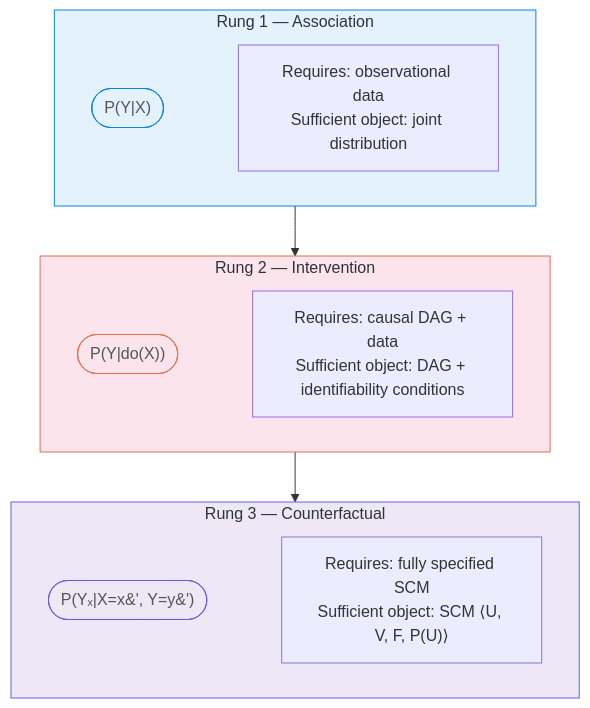
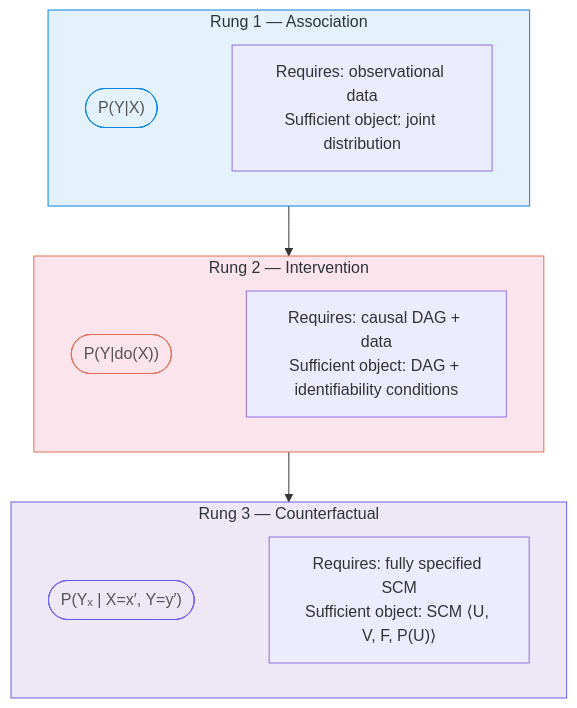
One commit to dimitarpg13/agentic_architectures_and_design_patterns changed the second of 16 diagrams in notebooks/causal_inference/building_SCM.md. Above: the diagram before and after it, drawn with Mermaid.

Commit message:
update md

````diff
--- a/notebooks/causal_inference/building_SCM.md
+++ b/notebooks/causal_inference/building_SCM.md
@@ -81,29 +81,29 @@
 ```mermaid
 graph TD
     subgraph Rung1["Rung 1 — Association"]
         R1a(["P#40;Y#124;X#41;"])
         R1["Requires: observational data<br/>Sufficient object: joint distribution"]
         R1a ~~~ R1
     end
 
     subgraph Rung2["Rung 2 — Intervention"]
         R2a(["P#40;Y#124;do#40;X#41;#41;"])
         R2["Requires: causal DAG + data<br/>Sufficient object: DAG + identifiability conditions"]
         R2a ~~~ R2
     end
 
     subgraph Rung3["Rung 3 — Counterfactual"]
-        R3a(["P#40;Yₓ#124;X=x&#39;, Y=y&#39;#41;"])
+        R3a(["P#40;Yₓ #124; X=x′, Y=y′#41;"])
         R3["Requires: fully specified SCM<br/>Sufficient object: SCM ⟨U, V, F, P#40;U#41;⟩"]
         R3a ~~~ R3
     end
 
     Rung1 --> Rung2 --> Rung3
 
     style R1a fill:#e3f2fd,stroke:#0984e3,color:#555
     style R2a fill:#fce4ec,stroke:#e17055,color:#555
     style R3a fill:#ede7f6,stroke:#6c5ce7,color:#555
     style Rung1 fill:#e3f2fd,stroke:#0984e3,color:#2d3436
     style Rung2 fill:#fce4ec,stroke:#e17055,color:#2d3436
     style Rung3 fill:#ede7f6,stroke:#6c5ce7,color:#2d3436
 ```
````
